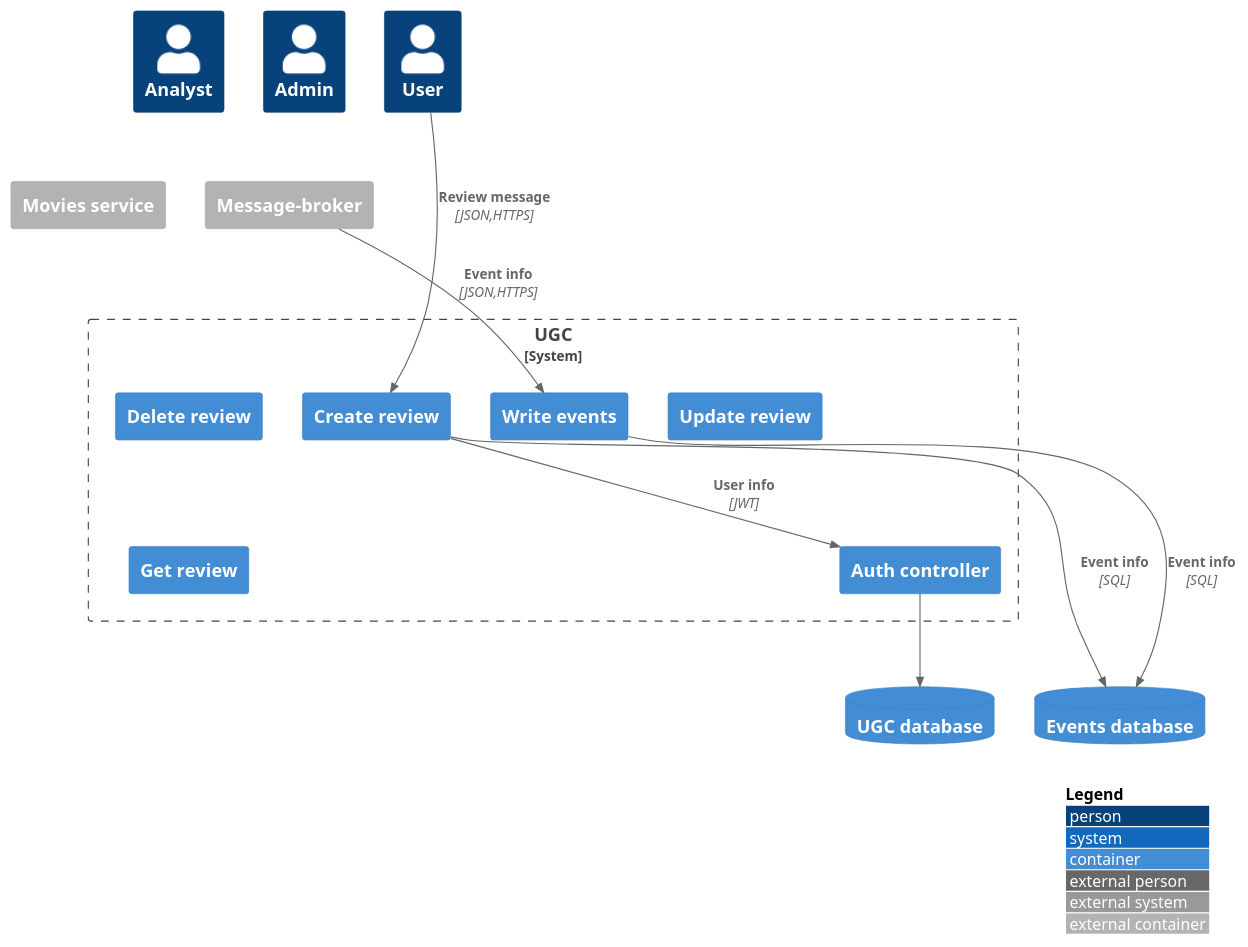
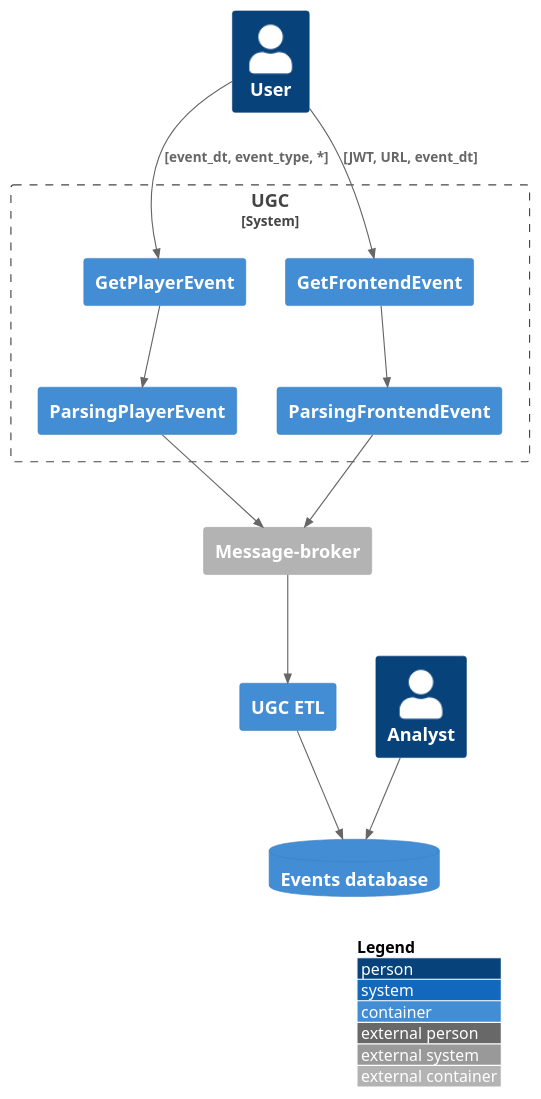
One commit to konarlook/ugc_sprint_1 changed the diagram in ugc/docs/arc/ugc_2_container.puml. Above: the diagram before and after it, drawn with PlantUML. The commit also changed 1 other file, not shown here.

Commit message:
docs(02_non-func-requirements):add C3 diagram

```diff
--- a/ugc/docs/arc/ugc_2_container.puml
+++ b/ugc/docs/arc/ugc_2_container.puml
@@ -1,40 +1,42 @@
 @startuml system-context
 !include https://raw.githubusercontent.com/plantuml-stdlib/C4-PlantUML/master/C4_Container.puml
 
 LAYOUT_TOP_DOWN()
 LAYOUT_WITH_LEGEND()
 
-together{
+Person(user, "User")
 Person(analyst, "Analyst")
-Person(admin, "Admin")
-Person(user, "User")
-}
-together{
-Container_Ext(broker, "Message-broker")
-Container_Ext(movies_service, "Movies service")
-}
+
 System_Boundary(ugc_service, "UGC"){
     together{
-    Container(give_review, "Create review")
-    Container(give_events, "Write events")
-    Container(delete_review, "Delete review")
-    Container(update_review, "Update review")
-    Container(get_review, "Get review")
+        Container(player_event, "GetPlayerEvent")
+        Container(front_event, "GetFrontendEvent")
     }
-    Container(sing_in, "Auth controller")
+
+    together{
+        Container(parser_player_event, "ParsingPlayerEvent")
+        Container(parser_frontend_event, "ParsingFrontendEvent")
+    }
 }
 
 together{
-ContainerDb(ugc_database, "UGC database")
+Container_Ext(broker, "Message-broker")
+}
+
+Container(ugc_etl, "UGC ETL")
+
+together{
 ContainerDb(event_database, "Events database")
 }
 
-Rel(user, give_review, "Review message", "JSON,HTTPS")
-Rel(give_review, sing_in, "User info", "JWT")
-Rel(sing_in, ugc_database,)
-Rel(give_review, event_database, "Event info", "SQL")
-Rel(give_events, event_database, "Event info", "SQL")
-Rel(broker, give_events, "Event info", "JSON,HTTPS")
-
+Rel(user, front_event, "[JWT, URL, event_dt]")
+Rel(user, player_event, "[event_dt, event_type, *]")
+Rel(player_event, parser_player_event,)
+Rel(front_event, parser_frontend_event,)
+Rel(parser_frontend_event, broker,)
+Rel(parser_player_event, broker,)
+Rel(broker, ugc_etl,)
+Rel(ugc_etl, event_database,)
+Rel(analyst, event_database,)
 
 @enduml
```
